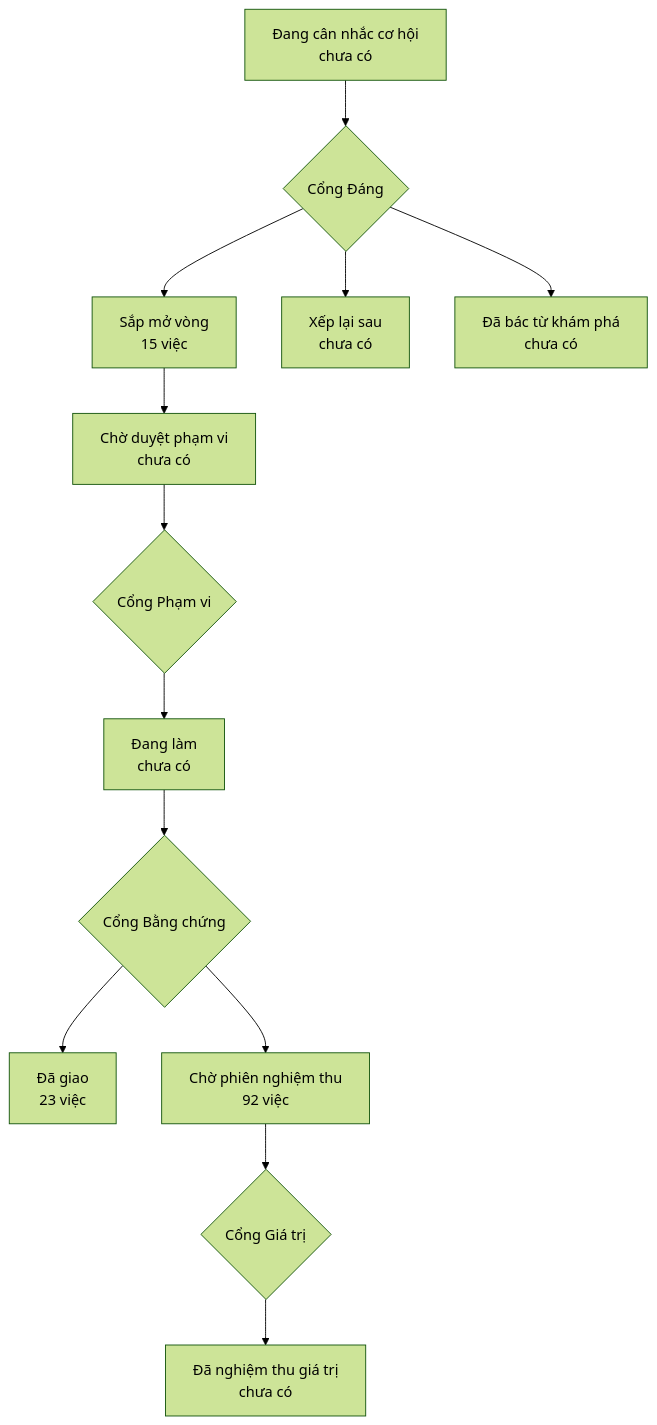
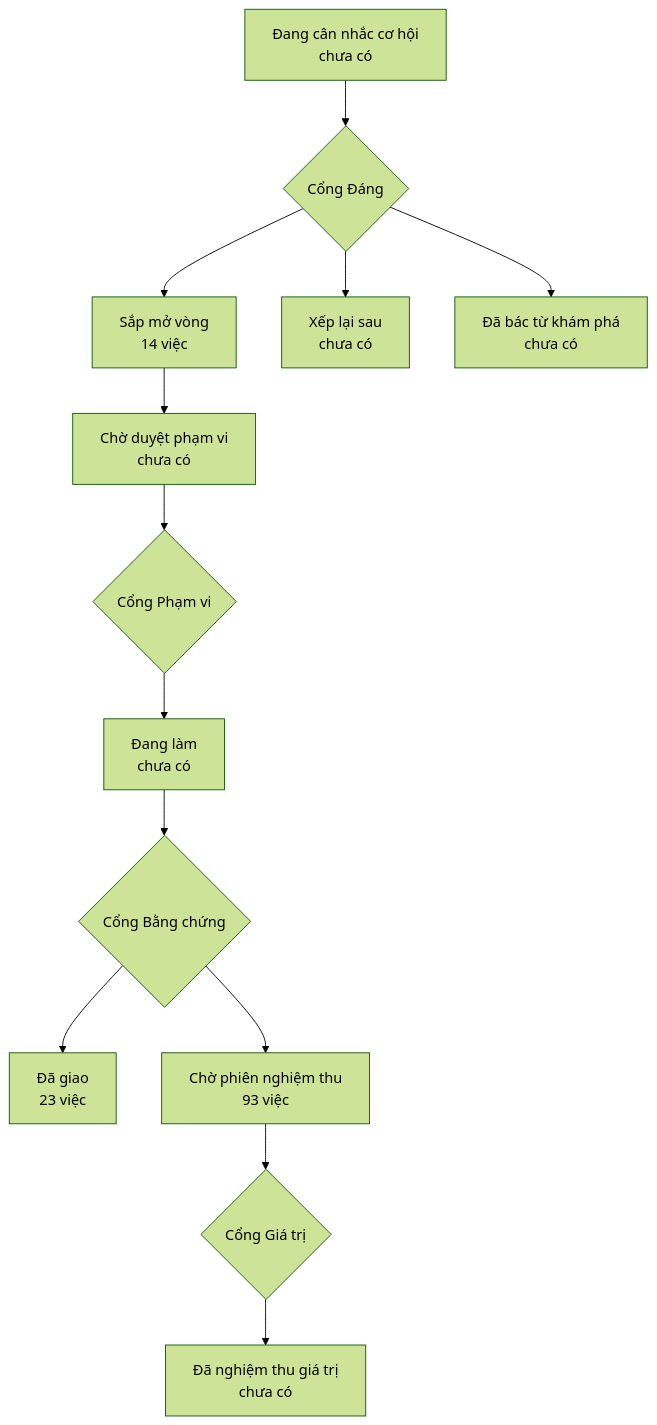
One commit to phanlemanh/onehub-quy-hang changed the diagram in PRODUCT-MAP.md. Above: the diagram before and after it, drawn with Mermaid (forest theme). The commit also changed other lines of this file and 1 other file, not shown here.

Commit message:
chore: vẽ lại bản đồ sau khi gộp nhánh chính

````diff
--- a/PRODUCT-MAP.md
+++ b/PRODUCT-MAP.md
@@ -7,12 +7,12 @@
 ```mermaid
 flowchart TD
   A["Đang cân nhắc cơ hội<br/>chưa có"] --> GD{"Cổng Đáng"}
-  GD --> B["Sắp mở vòng<br/>15 việc"]
+  GD --> B["Sắp mở vòng<br/>14 việc"]
   GD --> XL["Xếp lại sau<br/>chưa có"]
   GD --> DB["Đã bác từ khám phá<br/>chưa có"]
   B --> CD["Chờ duyệt phạm vi<br/>chưa có"] --> GP{"Cổng Phạm vi"}
   GP --> DL["Đang làm<br/>chưa có"] --> GB{"Cổng Bằng chứng"}
   GB --> DG["Đã giao<br/>23 việc"]
-  GB --> CN["Chờ phiên nghiệm thu<br/>92 việc"] --> GG{"Cổng Giá trị"}
+  GB --> CN["Chờ phiên nghiệm thu<br/>93 việc"] --> GG{"Cổng Giá trị"}
   GG --> NT["Đã nghiệm thu giá trị<br/>chưa có"]
 ```
````
